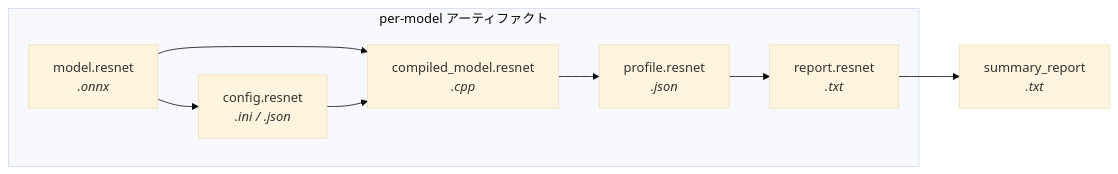
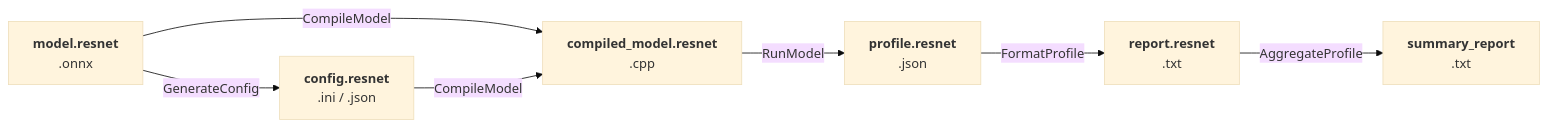
Before and after one commit to hatsuka20/vibe_test: the fourth of 6 diagrams in docs/architecture.md, drawn with Mermaid (base theme). The commit also changed other lines of this file, not shown here.

First line of the commit message:
Rewrite architecture doc with motivation, examples, and narrative

````diff
--- a/docs/architecture.md
+++ b/docs/architecture.md
@@ -98,15 +164,16 @@
 ```mermaid
 flowchart LR
-    subgraph "per-model アーティファクト"
-        M["model.resnet<br/><i>.onnx</i>"]
-        C["config.resnet<br/><i>.ini / .json</i>"]
-        CM["compiled_model.resnet<br/><i>.cpp</i>"]
-        P["profile.resnet<br/><i>.json</i>"]
-        R["report.resnet<br/><i>.txt</i>"]
-    end
-    S["summary_report<br/><i>.txt</i>"]
+    M["<b>model.resnet</b><br/>.onnx"]
+    C["<b>config.resnet</b><br/>.ini / .json"]
+    CM["<b>compiled_model.resnet</b><br/>.cpp"]
+    P["<b>profile.resnet</b><br/>.json"]
+    R["<b>report.resnet</b><br/>.txt"]
+    S["<b>summary_report</b><br/>.txt"]
 
-    M --> C & CM
-    C --> CM
-    CM --> P --> R --> S
+    M -- "GenerateConfig" --> C
+    M -- "CompileModel" --> CM
+    C -- "CompileModel" --> CM
+    CM -- "RunModel" --> P
+    P -- "FormatProfile" --> R
+    R -- "AggregateProfile" --> S
 ```
````
